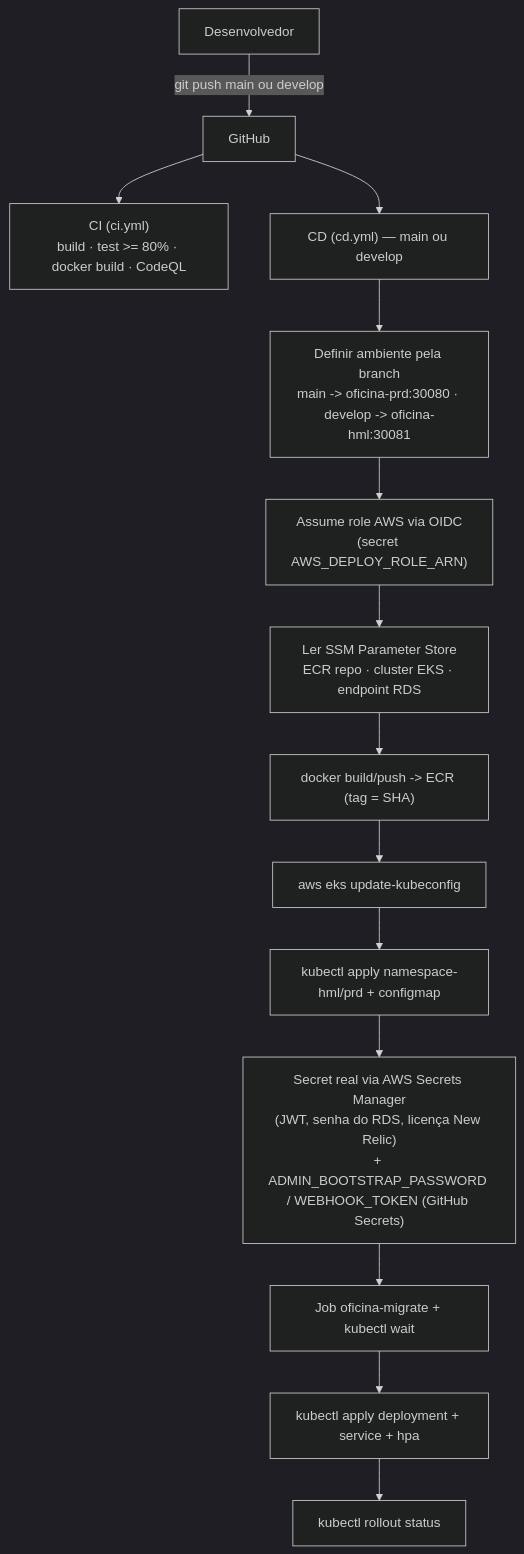
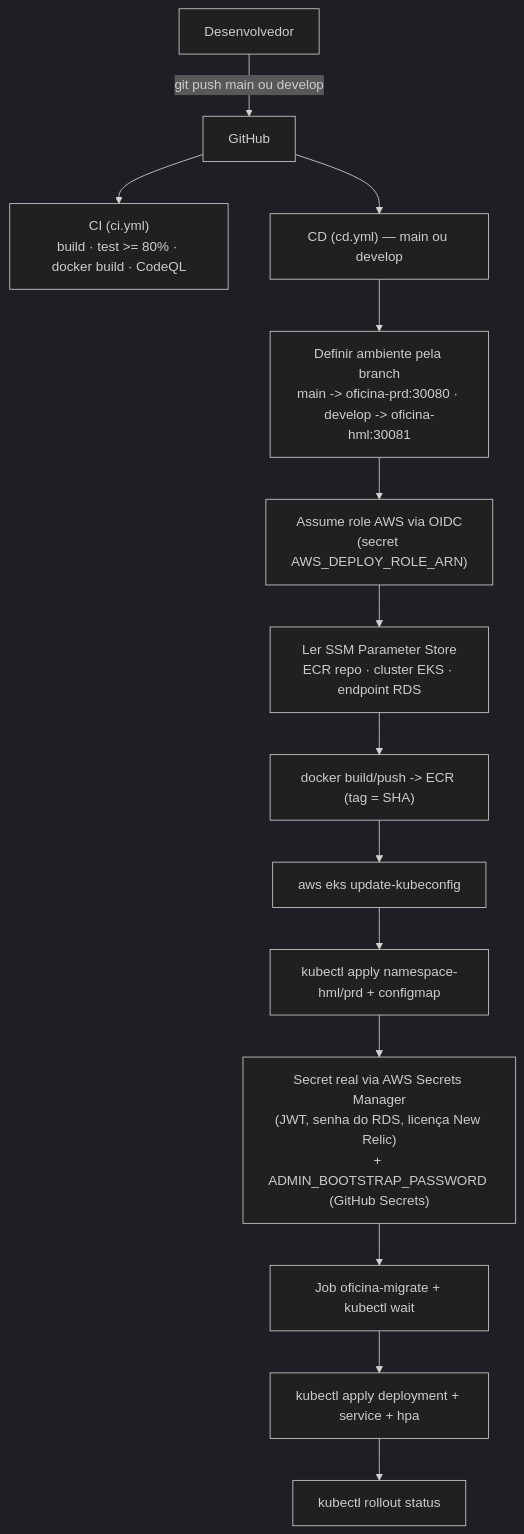
One commit to lcr-thiago-fernandes/oficina-app changed the third of 3 diagrams in README.md. Above: the diagram before and after it, drawn with Mermaid (dark theme). The commit also changed other lines of this file and 16 other files, not shown here.

````diff
--- a/README.md
+++ b/README.md
@@ -152,16 +149,16 @@
 ```mermaid
 flowchart TD
     DEV["Desenvolvedor"] -->|"git push main ou develop"| GH["GitHub"]
     GH --> CI["CI (ci.yml)<br/>build · test >= 80% · docker build · CodeQL"]
     GH --> CD["CD (cd.yml) — main ou develop"]
     CD --> ENV["Definir ambiente pela branch<br/>main -> oficina-prd:30080 · develop -> oficina-hml:30081"]
     ENV --> A1["Assume role AWS via OIDC<br/>(secret AWS_DEPLOY_ROLE_ARN)"]
     A1 --> A2["Ler SSM Parameter Store<br/>ECR repo · cluster EKS · endpoint RDS"]
     A2 --> A3["docker build/push -> ECR (tag = SHA)"]
     A3 --> A4["aws eks update-kubeconfig"]
     A4 --> A5["kubectl apply namespace-hml/prd + configmap"]
-    A5 --> A6["Secret real via AWS Secrets Manager<br/>(JWT, senha do RDS, licença New Relic)<br/>+ ADMIN_BOOTSTRAP_PASSWORD / WEBHOOK_TOKEN (GitHub Secrets)"]
+    A5 --> A6["Secret real via AWS Secrets Manager<br/>(JWT, senha do RDS, licença New Relic)<br/>+ ADMIN_BOOTSTRAP_PASSWORD (GitHub Secrets)"]
     A6 --> A7["Job oficina-migrate + kubectl wait"]
     A7 --> A8["kubectl apply deployment + service + hpa"]
     A8 --> A9["kubectl rollout status"]
 ```
````
